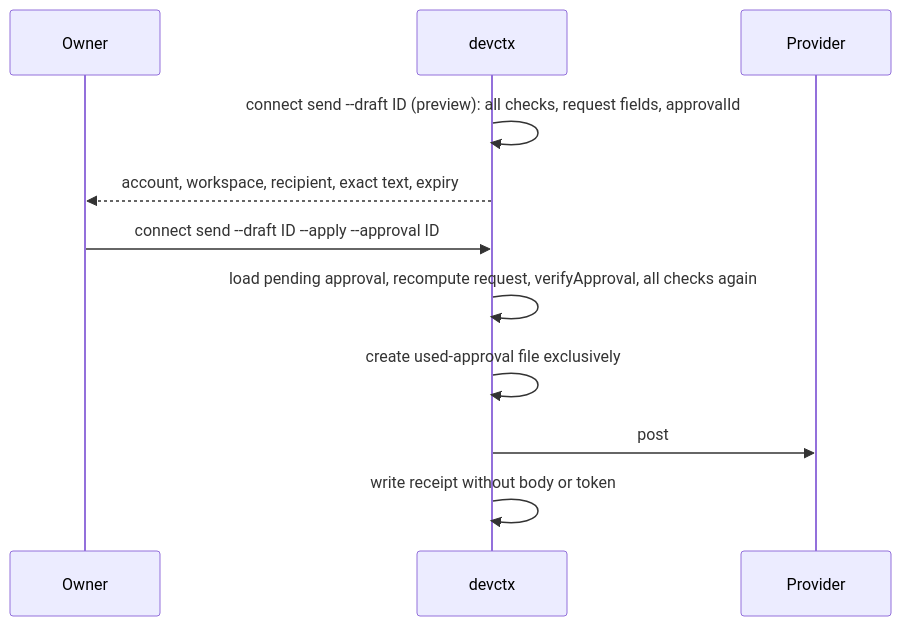
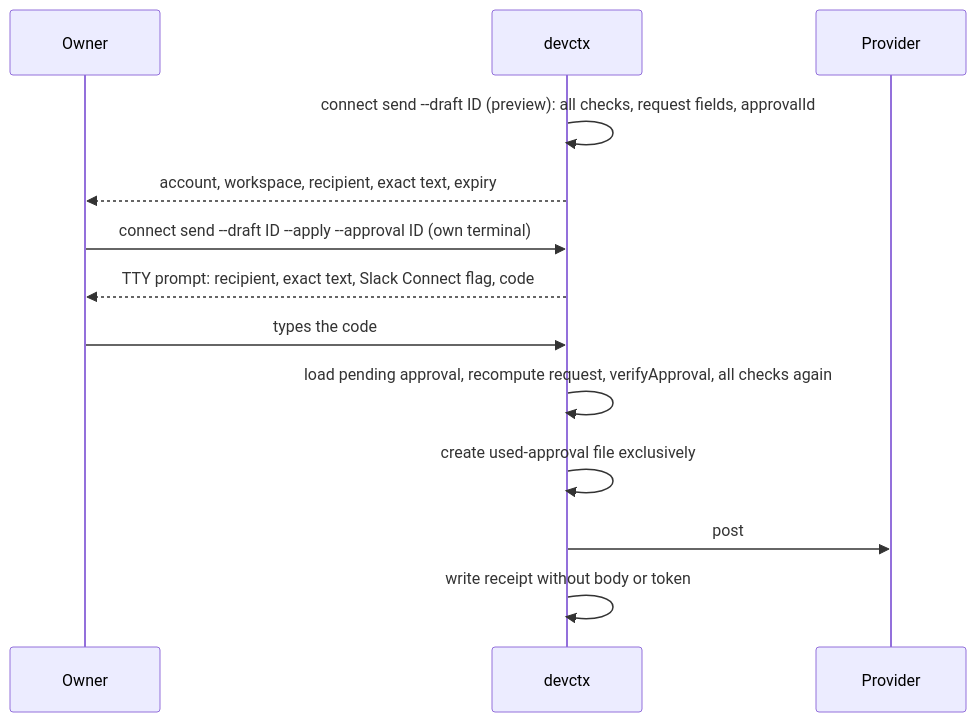
Before and after one commit to sundharesan11/developer-context-kit: the second of 3 diagrams in docs/plans/2026-10-17-001-feat-organization-identity-routing-plan.md, drawn with Mermaid. The commit also changed other lines of this file, not shown here.

````diff
--- a/docs/plans/2026-10-17-001-feat-organization-identity-routing-plan.md
+++ b/docs/plans/2026-10-17-001-feat-organization-identity-routing-plan.md
@@ -171,13 +178,15 @@
 ```mermaid
 sequenceDiagram
   participant O as Owner
   participant D as devctx
   participant P as Provider
   D->>D: connect send --draft ID (preview): all checks, request fields, approvalId
   D-->>O: account, workspace, recipient, exact text, expiry
-  O->>D: connect send --draft ID --apply --approval ID
+  O->>D: connect send --draft ID --apply --approval ID (own terminal)
+  D-->>O: TTY prompt: recipient, exact text, Slack Connect flag, code
+  O->>D: types the code
   D->>D: load pending approval, recompute request, verifyApproval, all checks again
   D->>D: create used-approval file exclusively
   D->>P: post
   D->>D: write receipt without body or token
 ```
````
